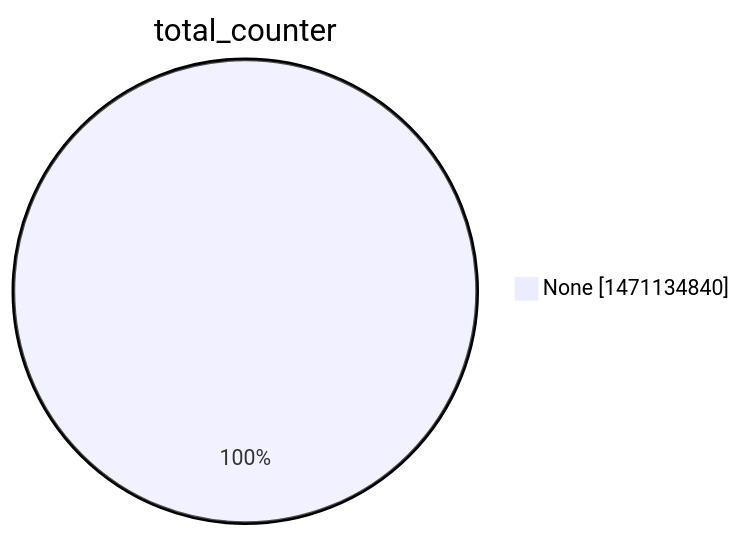
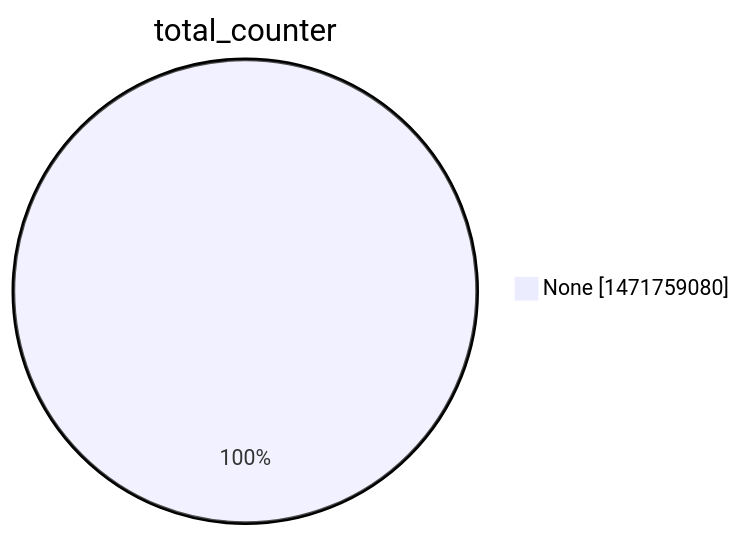
One commit to christiankrug/ctmonitor_visualization changed the second of 15 diagrams in argon2022/README.md. Above: the diagram before and after it, drawn with Mermaid. The commit also changed other lines of this file, not shown here.

````diff
--- a/argon2022/README.md
+++ b/argon2022/README.md
@@ -9,5 +9,5 @@
 ```mermaid
 pie showData
 title total_counter
-"None" :1471134840
+"None" :1471759080
 ```
````
